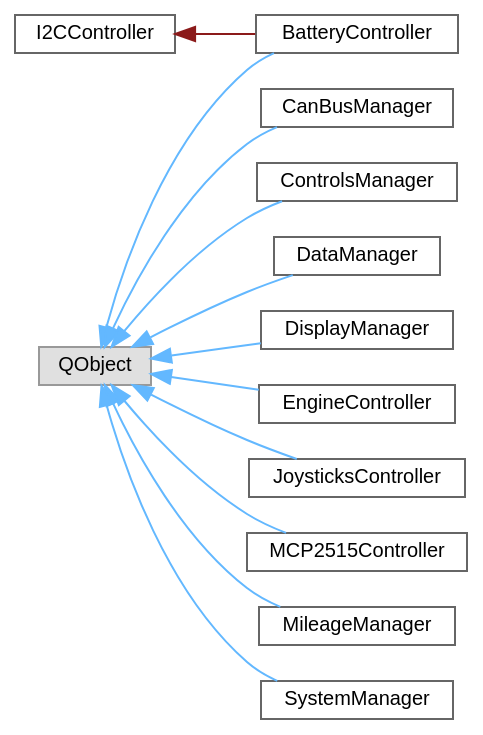
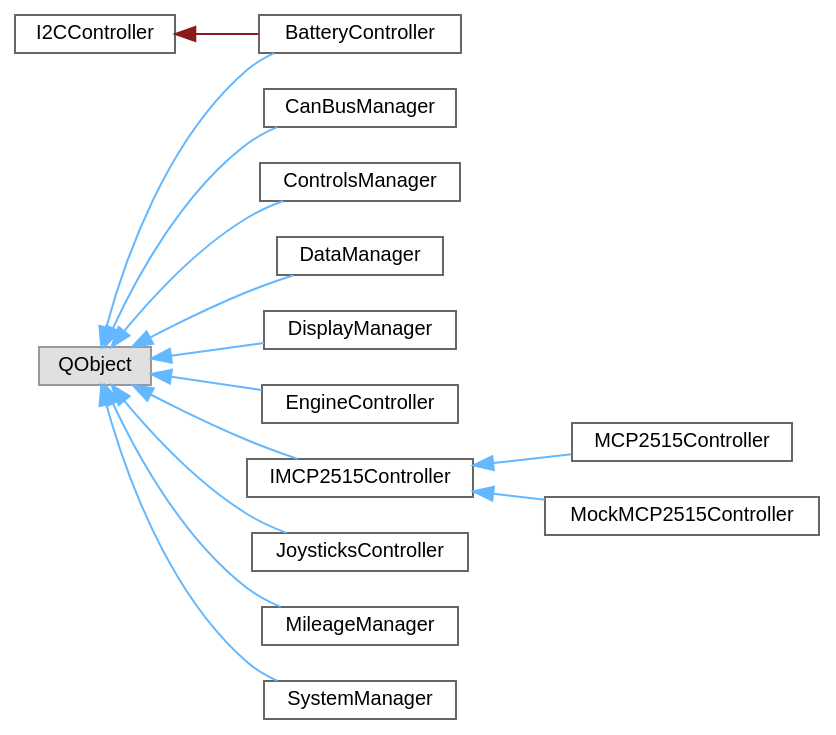
One commit to SEAME-pt/2024-2025-HotWheels changed the diagram in docs/inherit_graph_2.dot. Above: the diagram before and after it, drawn with Graphviz. The commit also changed 223 other files, not shown here.

```diff
--- a/docs/inherit_graph_2.dot
+++ b/docs/inherit_graph_2.dot
@@ -1,31 +1,35 @@
 digraph "Graphical Class Hierarchy"
 {
  // LATEX_PDF_SIZE
   bgcolor="transparent";
   edge [fontname=Helvetica,fontsize=10,labelfontname=Helvetica,labelfontsize=10];
   node [fontname=Helvetica,fontsize=10,shape=box,height=0.2,width=0.4];
   rankdir="LR";
   Node0 [id="Node000000",label="I2CController",height=0.2,width=0.4,color="grey40", fillcolor="white", style="filled",URL="$classI2CController.html",tooltip=" "];
   Node0 -> Node1 [id="edge1_Node000000_Node000001",dir="back",color="firebrick4",style="solid",tooltip=" "];
   Node1 [id="Node000001",label="BatteryController",height=0.2,width=0.4,color="grey40", fillcolor="white", style="filled",URL="$classBatteryController.html",tooltip=" "];
   Node2 [id="Node000002",label="QObject",height=0.2,width=0.4,color="grey60", fillcolor="#E0E0E0", style="filled",tooltip=" "];
   Node2 -> Node1 [id="edge2_Node000002_Node000001",dir="back",color="steelblue1",style="solid",tooltip=" "];
   Node2 -> Node3 [id="edge3_Node000002_Node000003",dir="back",color="steelblue1",style="solid",tooltip=" "];
   Node3 [id="Node000003",label="CanBusManager",height=0.2,width=0.4,color="grey40", fillcolor="white", style="filled",URL="$classCanBusManager.html",tooltip=" "];
   Node2 -> Node4 [id="edge4_Node000002_Node000004",dir="back",color="steelblue1",style="solid",tooltip=" "];
   Node4 [id="Node000004",label="ControlsManager",height=0.2,width=0.4,color="grey40", fillcolor="white", style="filled",URL="$classControlsManager.html",tooltip=" "];
   Node2 -> Node5 [id="edge5_Node000002_Node000005",dir="back",color="steelblue1",style="solid",tooltip=" "];
   Node5 [id="Node000005",label="DataManager",height=0.2,width=0.4,color="grey40", fillcolor="white", style="filled",URL="$classDataManager.html",tooltip=" "];
   Node2 -> Node6 [id="edge6_Node000002_Node000006",dir="back",color="steelblue1",style="solid",tooltip=" "];
   Node6 [id="Node000006",label="DisplayManager",height=0.2,width=0.4,color="grey40", fillcolor="white", style="filled",URL="$classDisplayManager.html",tooltip=" "];
   Node2 -> Node7 [id="edge7_Node000002_Node000007",dir="back",color="steelblue1",style="solid",tooltip=" "];
   Node7 [id="Node000007",label="EngineController",height=0.2,width=0.4,color="grey40", fillcolor="white", style="filled",URL="$classEngineController.html",tooltip=" "];
   Node2 -> Node8 [id="edge8_Node000002_Node000008",dir="back",color="steelblue1",style="solid",tooltip=" "];
-  Node8 [id="Node000008",label="JoysticksController",height=0.2,width=0.4,color="grey40", fillcolor="white", style="filled",URL="$classJoysticksController.html",tooltip=" "];
-  Node2 -> Node9 [id="edge9_Node000002_Node000009",dir="back",color="steelblue1",style="solid",tooltip=" "];
+  Node8 [id="Node000008",label="IMCP2515Controller",height=0.2,width=0.4,color="grey40", fillcolor="white", style="filled",URL="$classIMCP2515Controller.html",tooltip=" "];
+  Node8 -> Node9 [id="edge9_Node000008_Node000009",dir="back",color="steelblue1",style="solid",tooltip=" "];
   Node9 [id="Node000009",label="MCP2515Controller",height=0.2,width=0.4,color="grey40", fillcolor="white", style="filled",URL="$classMCP2515Controller.html",tooltip=" "];
-  Node2 -> Node10 [id="edge10_Node000002_Node000010",dir="back",color="steelblue1",style="solid",tooltip=" "];
-  Node10 [id="Node000010",label="MileageManager",height=0.2,width=0.4,color="grey40", fillcolor="white", style="filled",URL="$classMileageManager.html",tooltip=" "];
+  Node8 -> Node10 [id="edge10_Node000008_Node000010",dir="back",color="steelblue1",style="solid",tooltip=" "];
+  Node10 [id="Node000010",label="MockMCP2515Controller",height=0.2,width=0.4,color="grey40", fillcolor="white", style="filled",URL="$classMockMCP2515Controller.html",tooltip=" "];
   Node2 -> Node11 [id="edge11_Node000002_Node000011",dir="back",color="steelblue1",style="solid",tooltip=" "];
-  Node11 [id="Node000011",label="SystemManager",height=0.2,width=0.4,color="grey40", fillcolor="white", style="filled",URL="$classSystemManager.html",tooltip=" "];
+  Node11 [id="Node000011",label="JoysticksController",height=0.2,width=0.4,color="grey40", fillcolor="white", style="filled",URL="$classJoysticksController.html",tooltip=" "];
+  Node2 -> Node12 [id="edge12_Node000002_Node000012",dir="back",color="steelblue1",style="solid",tooltip=" "];
+  Node12 [id="Node000012",label="MileageManager",height=0.2,width=0.4,color="grey40", fillcolor="white", style="filled",URL="$classMileageManager.html",tooltip=" "];
+  Node2 -> Node13 [id="edge13_Node000002_Node000013",dir="back",color="steelblue1",style="solid",tooltip=" "];
+  Node13 [id="Node000013",label="SystemManager",height=0.2,width=0.4,color="grey40", fillcolor="white", style="filled",URL="$classSystemManager.html",tooltip=" "];
 }
```
